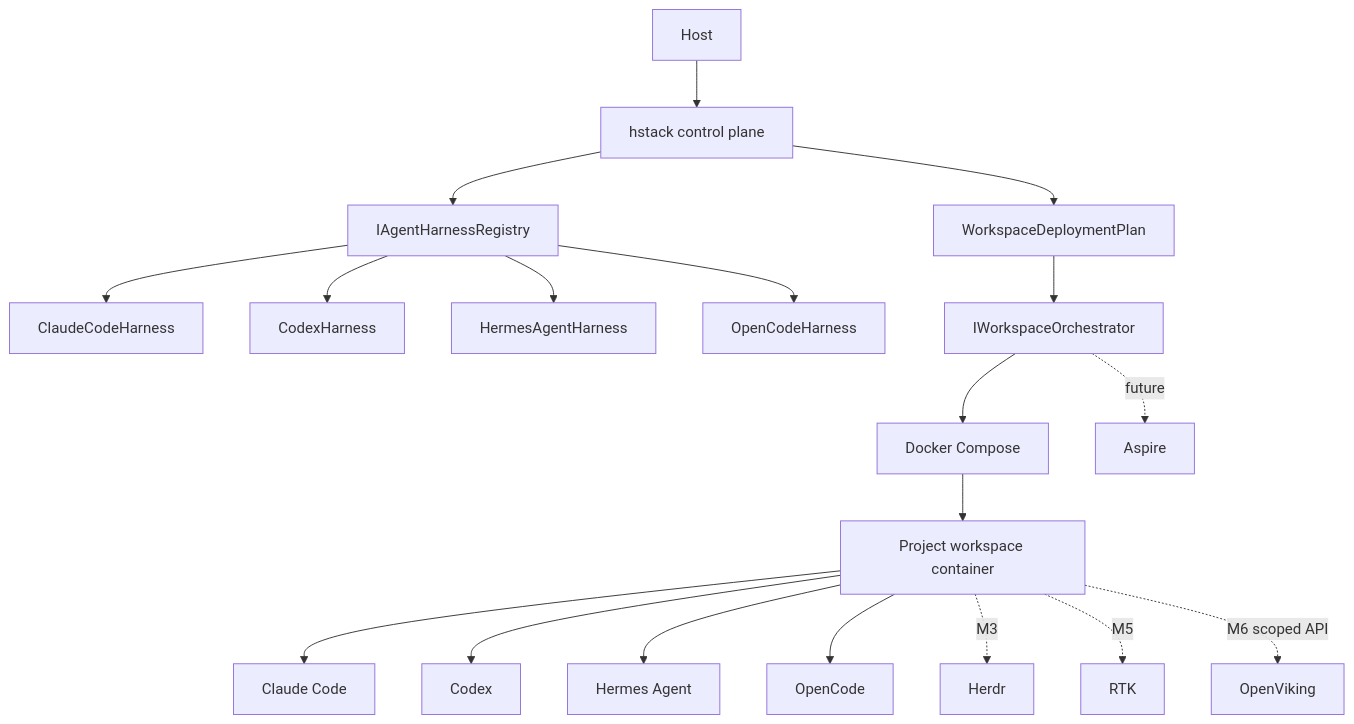
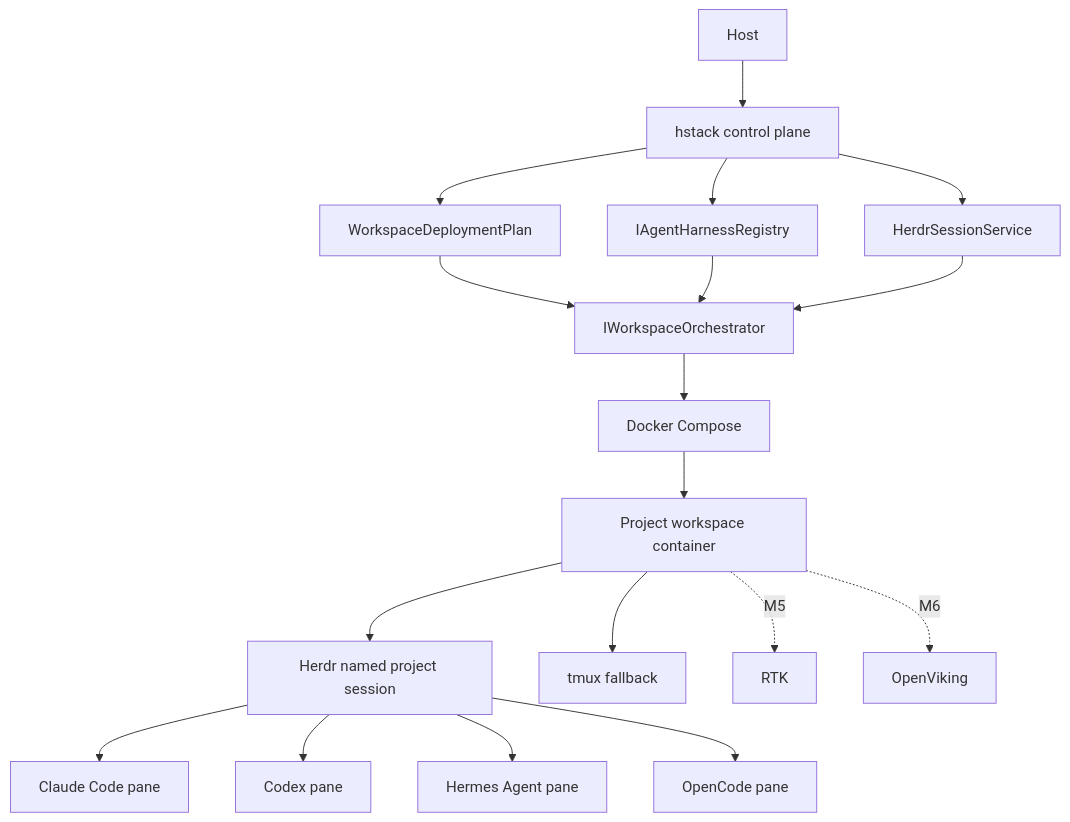
The diagram in docs/architecture.md (jcambert/HStack), drawn with Mermaid before and after one commit. The commit also changed other lines of this file and 27 other files, not shown here.

First line of the commit message:
feat(m3): add persistent Herdr sessions

````diff
--- a/docs/architecture.md
+++ b/docs/architecture.md
@@ -5,21 +5,20 @@
 ```mermaid
 flowchart TD
   Host[Host] --> H[hstack control plane]
   H --> Plan[WorkspaceDeploymentPlan]
   H --> Registry[IAgentHarnessRegistry]
-  Registry --> ClaudeH[ClaudeCodeHarness]
-  Registry --> CodexH[CodexHarness]
-  Registry --> HermesH[HermesAgentHarness]
-  Registry --> OpenCodeH[OpenCodeHarness]
+  H --> Sessions[HerdrSessionService]
   Plan --> Orch[IWorkspaceOrchestrator]
+  Registry --> Orch
+  Sessions --> Orch
   Orch --> Compose[Docker Compose]
-  Orch -. future .-> Aspire[Aspire]
   Compose --> Workspace[Project workspace container]
-  Workspace --> Claude[Claude Code]
-  Workspace --> Codex[Codex]
-  Workspace --> Hermes[Hermes Agent]
-  Workspace --> OpenCode[OpenCode]
-  Workspace -. M3 .-> Herdr[Herdr]
+  Workspace --> Herdr[Herdr named project session]
+  Herdr --> Claude[Claude Code pane]
+  Herdr --> Codex[Codex pane]
+  Herdr --> Hermes[Hermes Agent pane]
+  Herdr --> OpenCode[OpenCode pane]
+  Workspace --> Tmux[tmux fallback]
   Workspace -. M5 .-> RTK[RTK]
-  Workspace -. M6 scoped API .-> OV[OpenViking]
+  Workspace -. M6 .-> OV[OpenViking]
 ```
````
